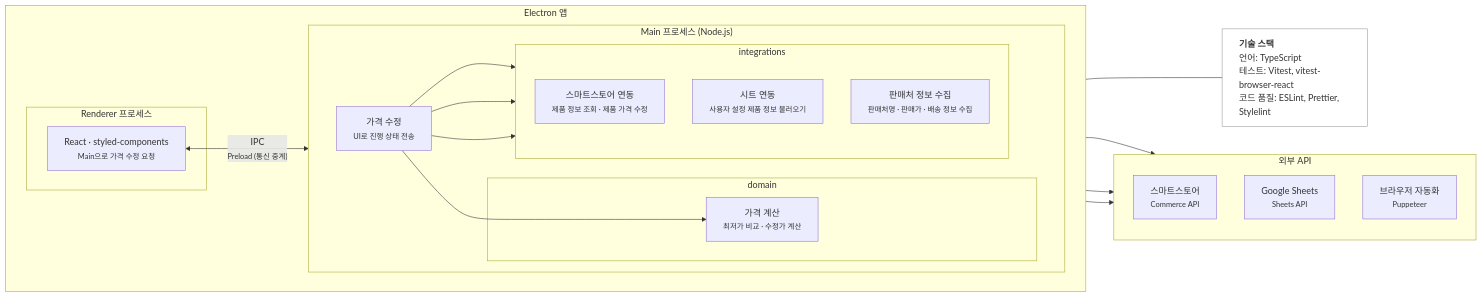
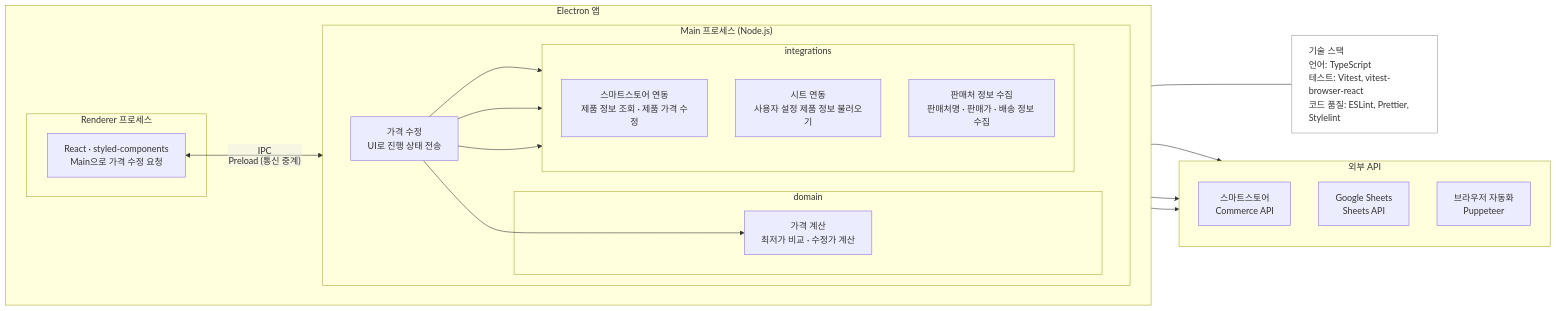
One commit to J8rl-Chik/smartstore-price-bot changed the diagram in README.md. Above: the diagram before and after it, drawn with Mermaid.

Commit message:
docs: README 아키텍처 다이어그램 htmlLabels 끄기
- 한글 라벨이 상자 밖으로 잘리는 문제를 피하려고 htmlLabels를 false로 설정
- htmlLabels를 끄면 적용되지 않는 <small>, <b> 태그 제거

````diff
--- a/README.md
+++ b/README.md
@@ -78,44 +78,45 @@
 ```mermaid
+%%{init: {"flowchart": {"htmlLabels": false}}}%%
 flowchart LR
   subgraph Electron["Electron 앱"]
     direction LR
     subgraph Renderer["Renderer 프로세스"]
-      React["React · styled-components<br/><small>Main으로 가격 수정 요청</small>"]
+      React["React · styled-components<br/>Main으로 가격 수정 요청"]
     end
 
     subgraph Main["Main 프로세스 (Node.js)"]
       direction LR
-      Core["가격 수정<br/><small>UI로 진행 상태 전송</small>"]
+      Core["가격 수정<br/>UI로 진행 상태 전송"]
       subgraph Domain["domain"]
-        DomainLogic["가격 계산<br/><small>최저가 비교 · 수정가 계산</small>"]
+        DomainLogic["가격 계산<br/>최저가 비교 · 수정가 계산"]
       end
       subgraph Adapters["integrations"]
         direction TB
-        StoreAd["스마트스토어 연동<br/><small>제품 정보 조회 · 제품 가격 수정</small>"]
-        SheetsAd["시트 연동<br/><small>사용자 설정 제품 정보 불러오기</small>"]
-        CatalogAd["판매처 정보 수집<br/><small>판매처명 · 판매가 · 배송 정보 수집</small>"]
+        StoreAd["스마트스토어 연동<br/>제품 정보 조회 · 제품 가격 수정"]
+        SheetsAd["시트 연동<br/>사용자 설정 제품 정보 불러오기"]
+        CatalogAd["판매처 정보 수집<br/>판매처명 · 판매가 · 배송 정보 수집"]
       end
       Core --> DomainLogic
       Core --> StoreAd
       Core --> SheetsAd
       Core --> CatalogAd
     end
 
-    React <-->|"IPC<br/><small>Preload (통신 중계)</small>"| Core
+    React <-->|"IPC<br/>Preload (통신 중계)"| Core
   end
 
   subgraph External["외부 API"]
     direction TB
-    Commerce["스마트스토어<br/><small>Commerce API</small>"]
-    Sheets["Google Sheets<br/><small>Sheets API</small>"]
-    Catalog["브라우저 자동화<br/><small>Puppeteer</small>"]
+    Commerce["스마트스토어<br/>Commerce API"]
+    Sheets["Google Sheets<br/>Sheets API"]
+    Catalog["브라우저 자동화<br/>Puppeteer"]
   end
 
   StoreAd --> Commerce
   SheetsAd --> Sheets
   CatalogAd --> Catalog
 
-  Stack["<b>기술 스택</b><br/>언어: TypeScript<br/>테스트: Vitest, vitest-browser-react<br/>코드 품질: ESLint, Prettier, Stylelint"]
+  Stack["기술 스택<br/>언어: TypeScript<br/>테스트: Vitest, vitest-browser-react<br/>코드 품질: ESLint, Prettier, Stylelint"]
   Electron --- Stack
   style Stack text-align:left,fill:none,stroke:#999
 ```
````
